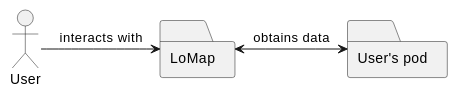
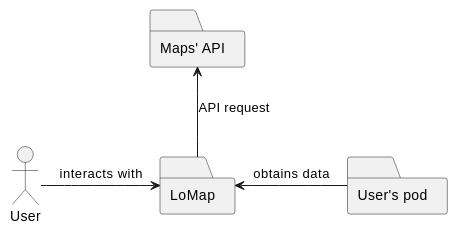
The first of 2 diagrams in docs/05_building_block_view.adoc (Arquisoft/lomap_es4a), drawn with PlantUML before and after one commit. The commit also changed other lines of this file, not shown here.

```diff
--- a/docs/05_building_block_view.adoc
+++ b/docs/05_building_block_view.adoc
@@ -60,9 +60,11 @@
 [plantuml, "level1", png]
 ----
 actor User
 folder LoMap
 folder pod as "User's pod"
+folder api as "Maps' API"
 
+LoMap -up-> api: API request
 User -right-> LoMap: interacts with
-LoMap <-right-> pod: obtains data
+LoMap <-right- pod: obtains data
 ----
```
